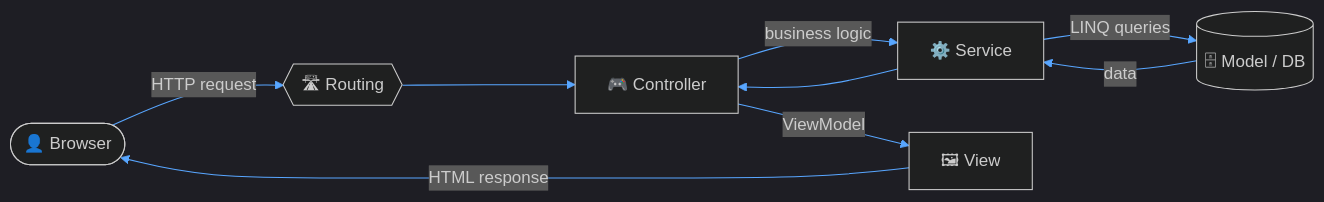
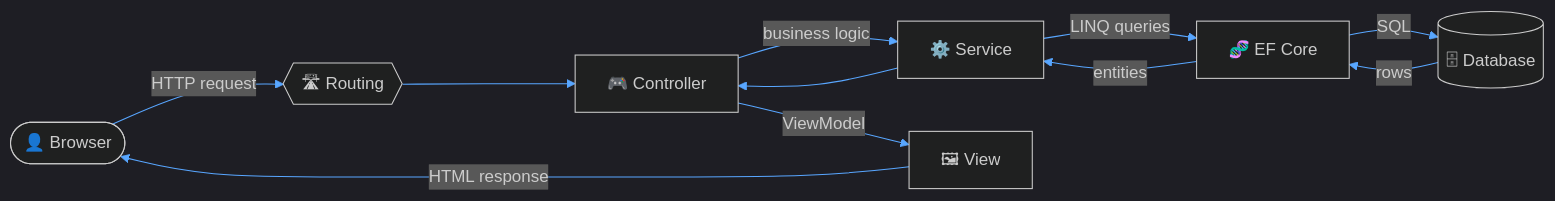
Before and after one commit to b1mq/b1mq: the first of 2 diagrams in README.md, drawn with Mermaid. The commit also changed other lines of this file, not shown here.

````diff
--- a/README.md
+++ b/README.md
@@ -45,12 +50,14 @@
 ```mermaid
 %%{init: {'theme':'dark','themeVariables':{'primaryColor':'#512BD4','primaryTextColor':'#ffffff','lineColor':'#58A6FF','secondaryColor':'#3178C6','tertiaryColor':'#0d1117'}}}%%
 flowchart LR
     U([👤 Browser]) -->|HTTP request| R{{🛣 Routing}}
     R --> C[🎮 Controller]
     C -->|business logic| S[⚙️ Service]
-    S -->|LINQ queries| M[(🗄 Model / DB)]
-    M -->|data| S
+    S -->|LINQ queries| E[🧬 EF Core]
+    E -->|SQL| M[(🗄 Database)]
+    M -->|rows| E
+    E -->|entities| S
     S --> C
     C -->|ViewModel| V[🖼 View]
     V -->|HTML response| U
 ```
````
